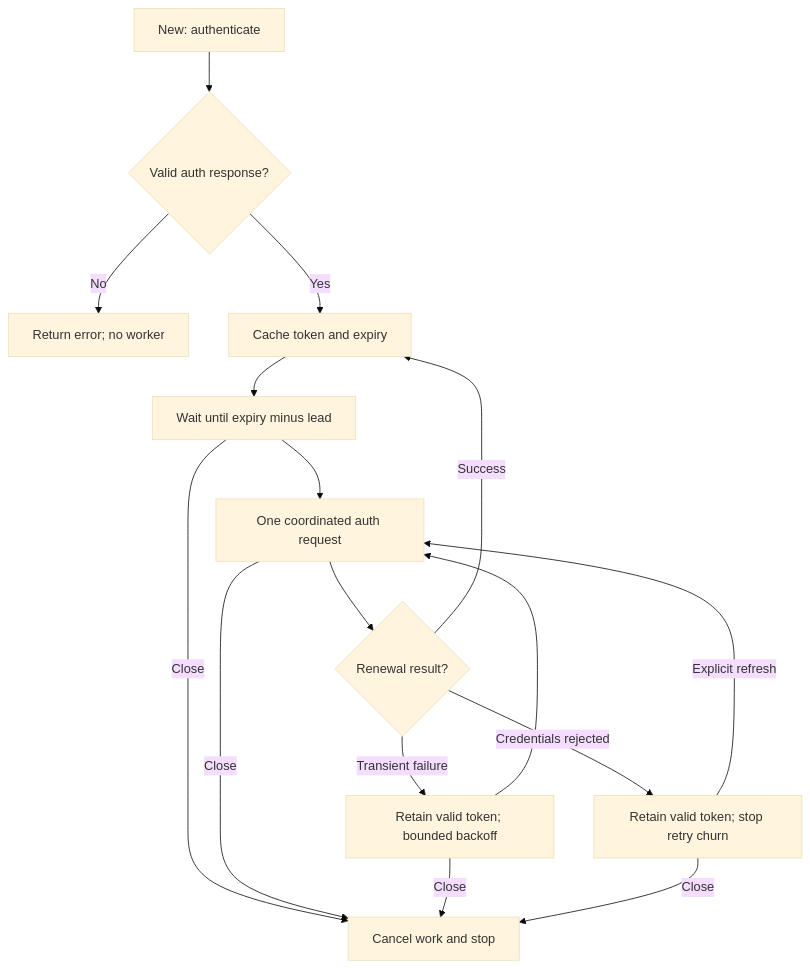
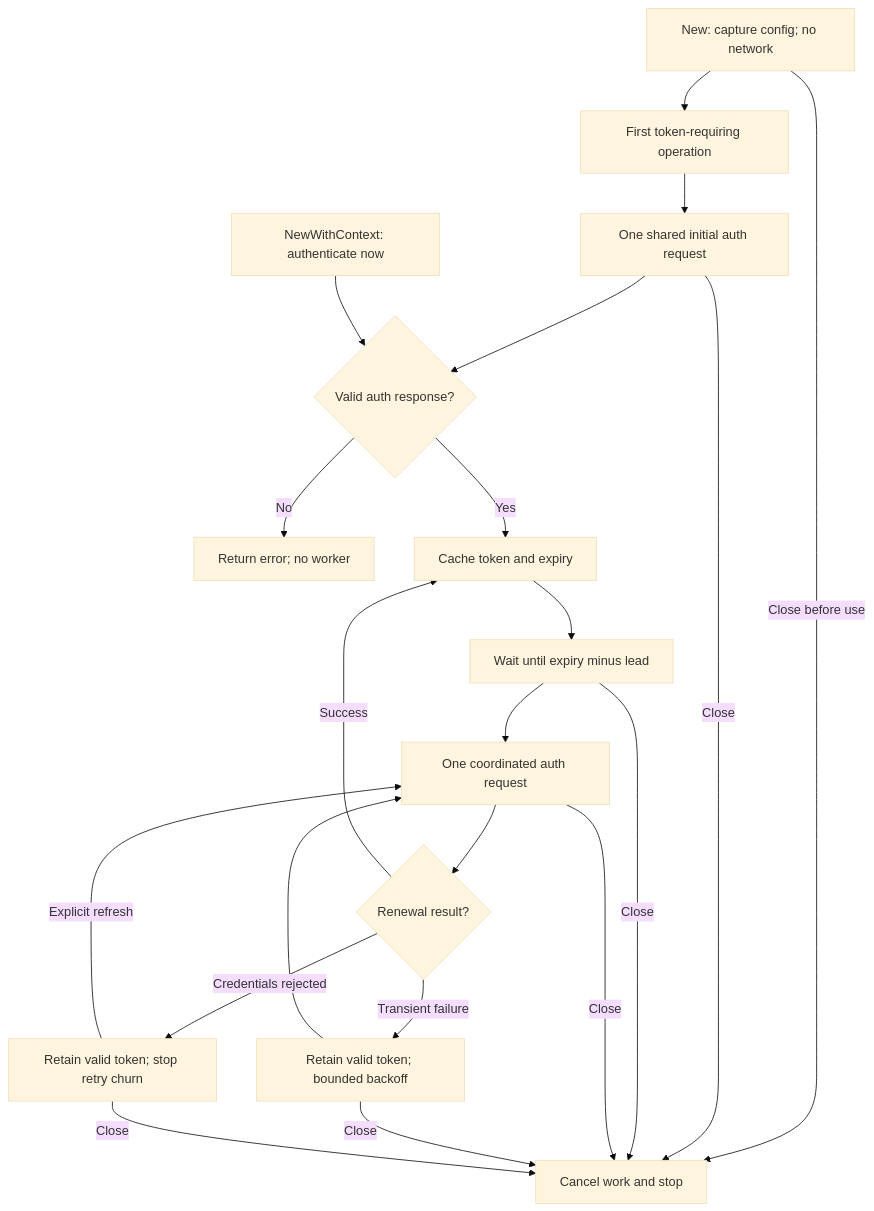
One commit to barlus-developer/golang-sdk-telbiz changed the diagram in docs/TOKEN_LIFECYCLE.md. Above: the diagram before and after it, drawn with Mermaid (base theme). The commit also changed other lines of this file and 27 other files, not shown here.

````diff
--- a/docs/TOKEN_LIFECYCLE.md
+++ b/docs/TOKEN_LIFECYCLE.md
@@ -92,18 +110,23 @@
 ```mermaid
 flowchart TD
-    New["New: authenticate"] --> Initial{"Valid auth response?"}
+    New["New: capture config; no network"] --> First["First token-requiring operation"]
+    First --> Auth["One shared initial auth request"]
+    Auth --> Initial{"Valid auth response?"}
+    Eager["NewWithContext: authenticate now"] --> Initial
     Initial -->|No| Fail["Return error; no worker"]
     Initial -->|Yes| Ready["Cache token and expiry"]
     Ready --> Wait["Wait until expiry minus lead"]
     Wait --> Refresh["One coordinated auth request"]
     Refresh --> Result{"Renewal result?"}
     Result -->|Success| Ready
     Result -->|Transient failure| Retry["Retain valid token; bounded backoff"]
     Retry --> Refresh
     Result -->|Credentials rejected| Halt["Retain valid token; stop retry churn"]
     Halt -->|Explicit refresh| Refresh
-    Wait -->|Close| Stop["Cancel work and stop"]
+    New -->|Close before use| Stop["Cancel work and stop"]
+    Auth -->|Close| Stop
+    Wait -->|Close| Stop
     Refresh -->|Close| Stop
     Retry -->|Close| Stop
     Halt -->|Close| Stop
 ```
````
